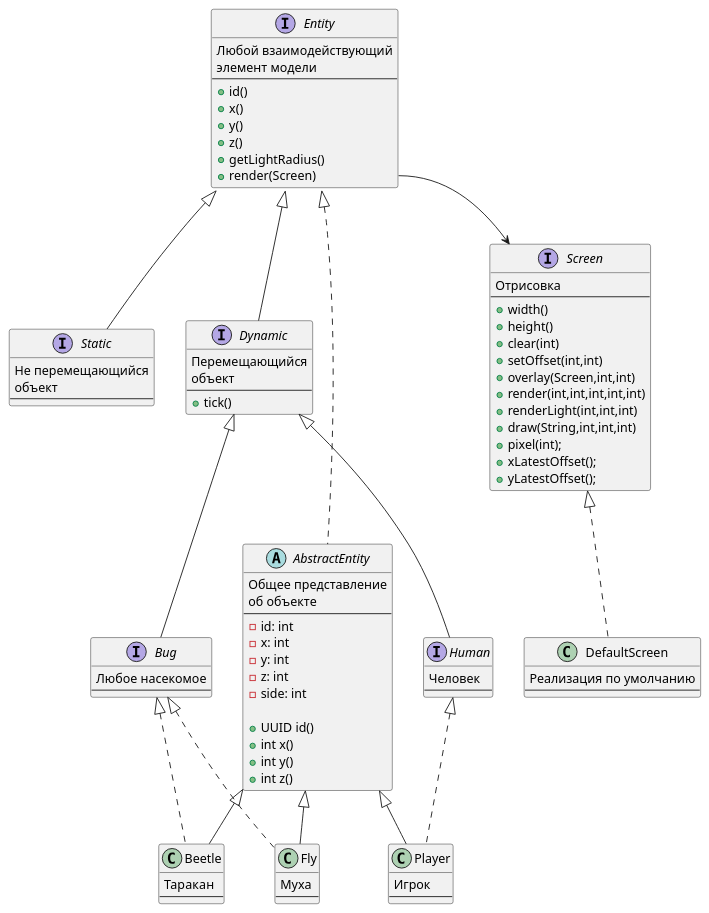
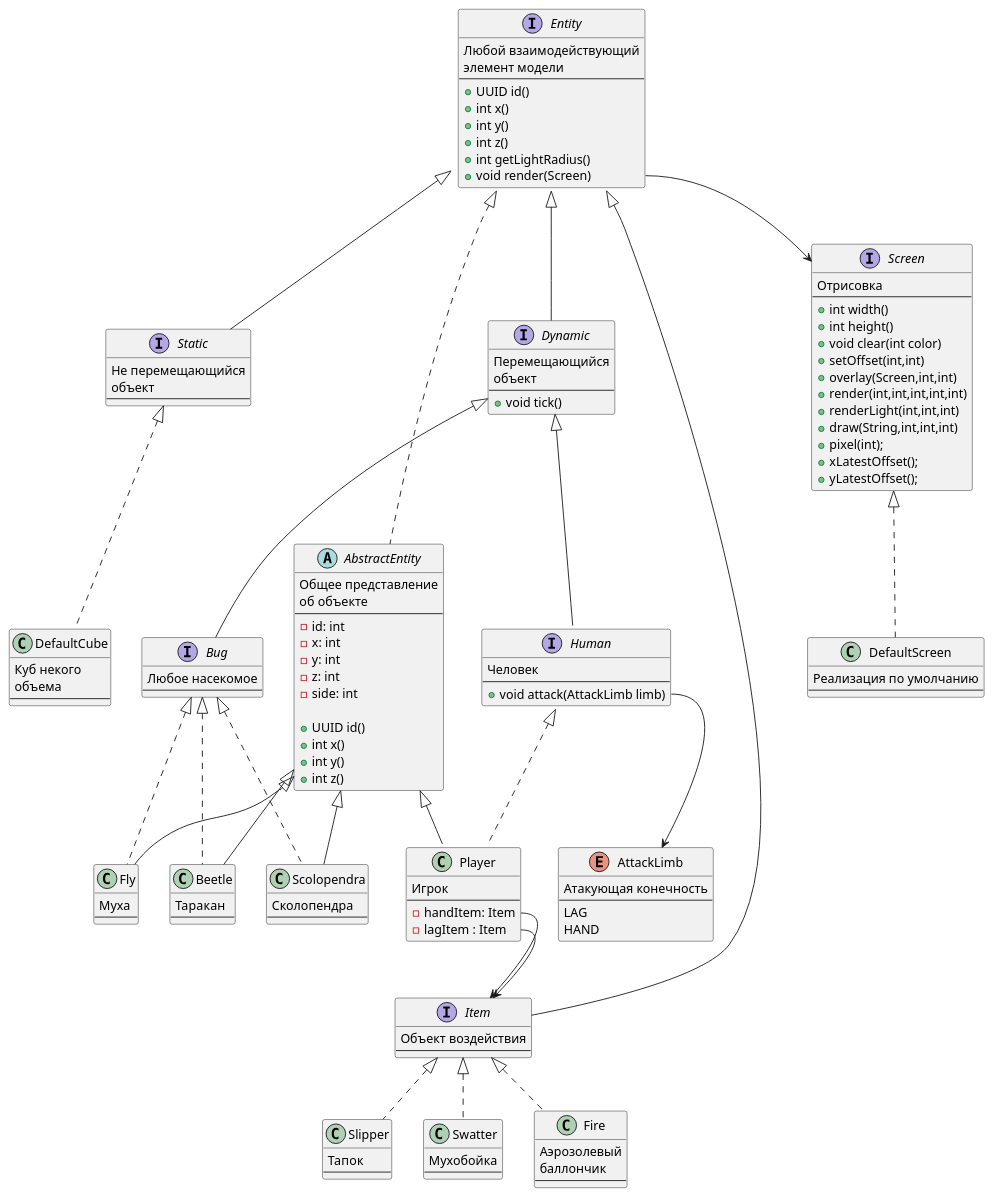
One commit to BasePractice/solid-oop changed the diagram in room/model.puml. Above: the diagram before and after it, drawn with PlantUML. The commit also changed 2 other files, not shown here.

```diff
--- a/room/model.puml
+++ b/room/model.puml
@@ -1,97 +1,142 @@
 @startuml
 interface Entity
 interface Static
 interface Dynamic
 interface Bug
 interface Human
 interface Screen
 
 interface Entity {
     Любой взаимодействующий
     элемент модели
     --
-    +id()
-    +x()
-    +y()
-    +z()
-    +getLightRadius()
-    +render(Screen)
+    +UUID id()
+    +int x()
+    +int y()
+    +int z()
+    +int getLightRadius()
+    +void render(Screen)
 }
 Entity::render --> Screen
 
 interface Static extends Entity {
     Не перемещающийся
     объект
     --
 }
 
 interface Dynamic extends Entity {
     Перемещающийся
     объект
     --
-    +tick()
+    +void tick()
 }
 
 interface Bug extends Dynamic {
     Любое насекомое
     --
 }
 
 interface Human extends Dynamic {
     Человек
     --
+    +void attack(AttackLimb limb)
+}
+Human::attack --> AttackLimb
+
+interface Item extends Entity {
+    Объект воздействия
+    --
 }
 
 interface Screen {
     Отрисовка
     --
-    +width()
-    +height()
-    +clear(int)
+    +int width()
+    +int height()
+    +void clear(int color)
     +setOffset(int,int)
     +overlay(Screen,int,int)
     +render(int,int,int,int,int)
     +renderLight(int,int,int)
     +draw(String,int,int,int)
     +pixel(int);
     +xLatestOffset();
     +yLatestOffset();
 }
 
 abstract class AbstractEntity implements Entity {
     Общее представление
     об объекте
     --
     -id: int
     -x: int
     -y: int
     -z: int
     -side: int
 
     +UUID id()
     +int x()
     +int y()
     +int z()
 }
 
 class Player extends AbstractEntity implements Human {
     Игрок
     --
+    -handItem: Item
+    -lagItem : Item
 }
+Player::handItem --> Item
+Player::lagItem  --> Item
 
 class Fly extends AbstractEntity implements Bug {
     Муха
     --
 }
 
 class Beetle extends AbstractEntity implements Bug {
     Таракан
     --
 }
 
+class Scolopendra extends AbstractEntity implements Bug {
+    Сколопендра
+    --
+}
+
+class Slipper implements Item {
+    Тапок
+    --
+}
+
+class Swatter implements Item {
+    Мухобойка
+    --
+}
+
+class Fire implements Item {
+    Аэрозолевый
+    баллончик
+    --
+}
+
 class DefaultScreen implements Screen {
     Реализация по умолчанию
     --
 }
 
+class DefaultCube implements Static {
+    Куб некого
+    объема
+    --
+}
+
+enum AttackLimb {
+    Атакующая конечность
+    --
+    LAG
+    HAND
+}
+
 @enduml
```
